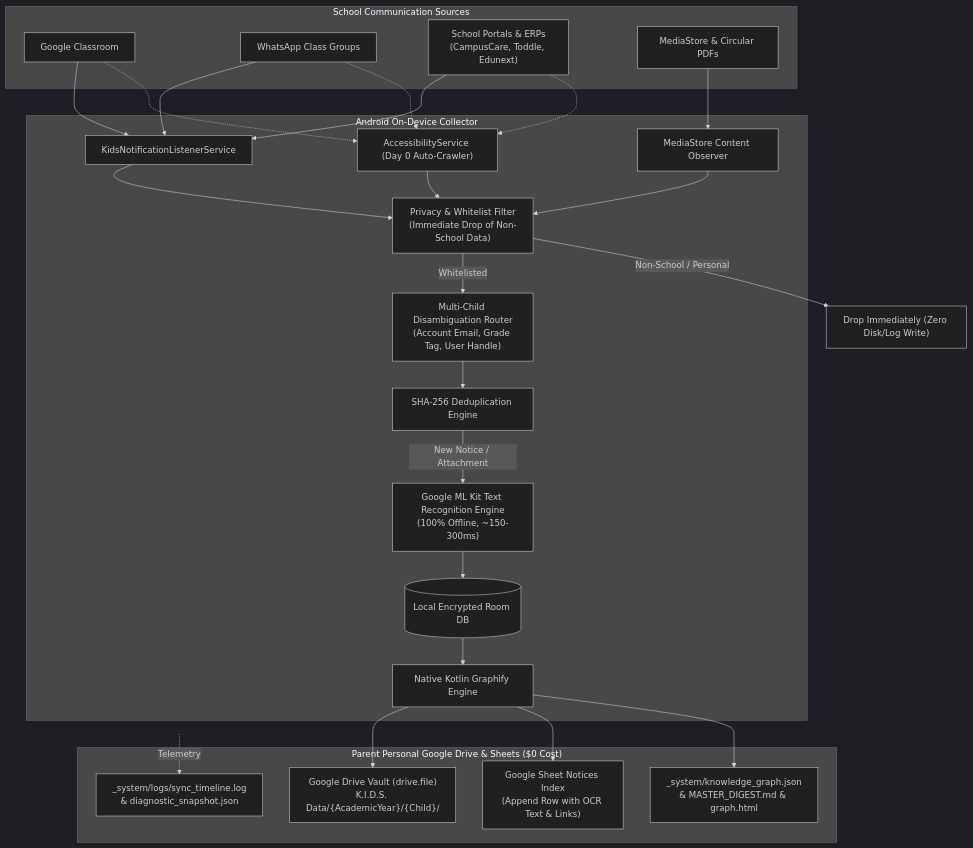
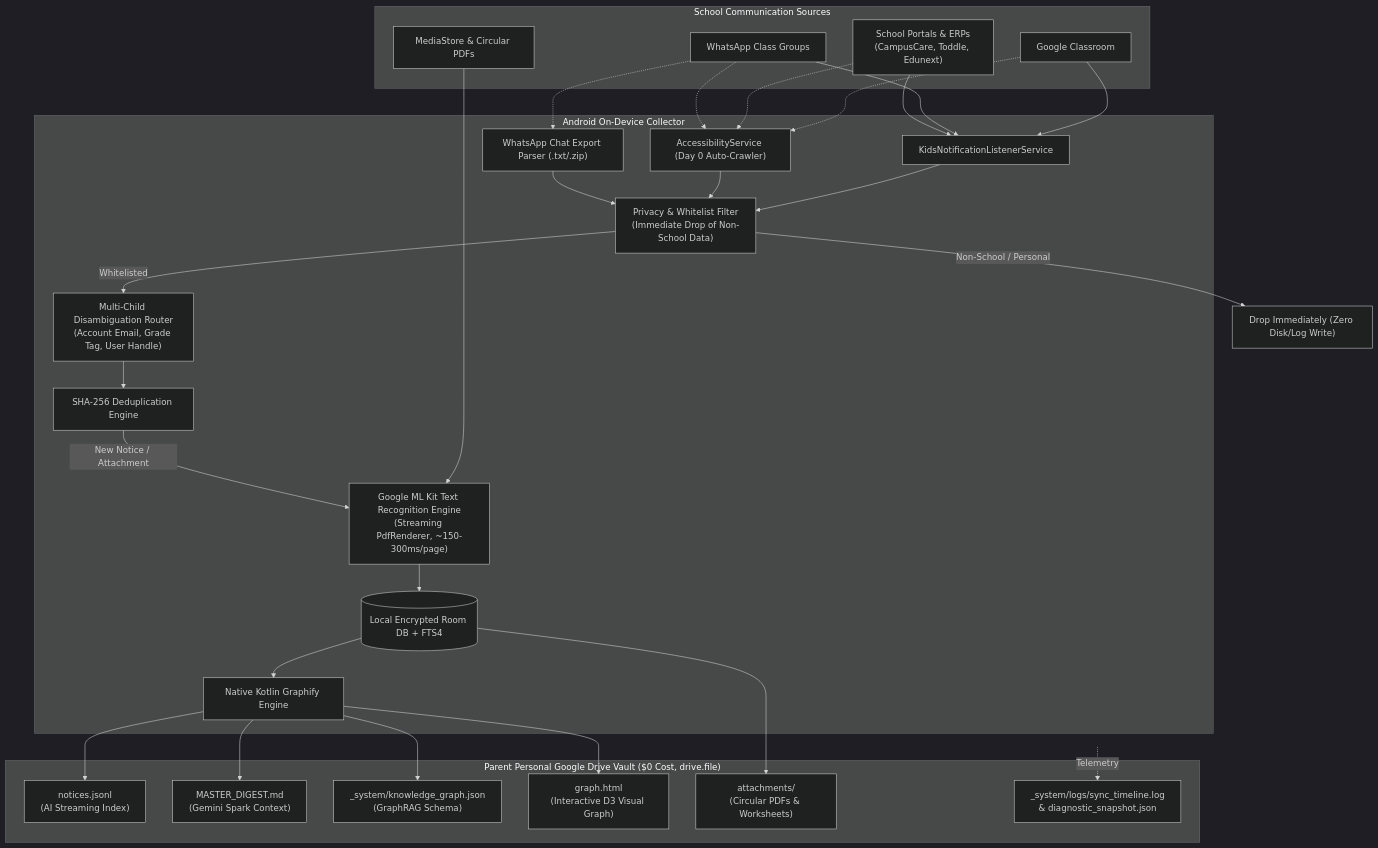
The diagram in README.md (daarshnicsanjeev/K.I.D.S), drawn with Mermaid (dark theme) before and after one commit. The commit also changed other lines of this file and 94 other files, not shown here.

Commit message:
feat: implement PRD specifications with AI-native Google Drive storage, Credential Manager, streaming PDF OCR, and multi-child dashboard

````diff
--- a/README.md
+++ b/README.md
@@ -49,52 +52,57 @@
 ```mermaid
 flowchart TD
     subgraph Sources["School Communication Sources"]
         GC["Google Classroom"]
         WA["WhatsApp Class Groups"]
         ERP["School Portals & ERPs<br/>(CampusCare, Toddle, Edunext)"]
         FS["MediaStore & Circular PDFs"]
     end
 
     subgraph Collector["Android On-Device Collector"]
         NLS["KidsNotificationListenerService"]
         ACS["AccessibilityService (Day 0 Auto-Crawler)"]
-        MSO["MediaStore Content Observer"]
+        WAP["WhatsApp Chat Export Parser (.txt/.zip)"]
         
         PF["Privacy & Whitelist Filter<br/>(Immediate Drop of Non-School Data)"]
         MCR["Multi-Child Disambiguation Router<br/>(Account Email, Grade Tag, User Handle)"]
         DED["SHA-256 Deduplication Engine"]
-        OCR["Google ML Kit Text Recognition Engine<br/>(100% Offline, ~150-300ms)"]
-        ROOM[("Local Encrypted Room DB")]
+        OCR["Google ML Kit Text Recognition Engine<br/>(Streaming PdfRenderer, ~150-300ms/page)"]
+        ROOM[("Local Encrypted Room DB + FTS4")]
         GRAPH["Native Kotlin Graphify Engine"]
     end
 
-    subgraph Vault["Parent Personal Google Drive & Sheets ($0 Cost)"]
-        DRIVE["Google Drive Vault (drive.file)<br/>K.I.D.S. Data/{AcademicYear}/{Child}/"]
-        SHEETS["Google Sheet Notices Index<br/>(Append Row with OCR Text & Links)"]
-        KG["_system/knowledge_graph.json<br/>& MASTER_DIGEST.md & graph.html"]
+    subgraph Vault["Parent Personal Google Drive Vault ($0 Cost, drive.file)"]
+        JSONL["notices.jsonl<br/>(AI Streaming Index)"]
+        MD["MASTER_DIGEST.md<br/>(Gemini Spark Context)"]
+        KG["_system/knowledge_graph.json<br/>(GraphRAG Schema)"]
+        HTML["graph.html<br/>(Interactive D3 Visual Graph)"]
+        ATTS["attachments/<br/>(Circular PDFs & Worksheets)"]
         LOGS["_system/logs/sync_timeline.log<br/>& diagnostic_snapshot.json"]
     end
 
     GC --> NLS
     WA --> NLS
     ERP --> NLS
     GC -.-> ACS
+    ERP -.-> ACS
     WA -.-> ACS
-    ERP -.-> ACS
-    FS --> MSO
+    WA -.-> WAP
+    FS --> OCR
 
     NLS --> PF
     ACS --> PF
-    MSO --> PF
+    WAP --> PF
     PF -->|Whitelisted| MCR
     PF -->|Non-School / Personal| DROP["Drop Immediately (Zero Disk/Log Write)"]
     
     MCR --> DED
     DED -->|New Notice / Attachment| OCR
     OCR --> ROOM
     ROOM --> GRAPH
-    GRAPH --> DRIVE
-    GRAPH --> SHEETS
+    GRAPH --> JSONL
+    GRAPH --> MD
     GRAPH --> KG
+    GRAPH --> HTML
+    ROOM --> ATTS
     Collector -. Telemetry .-> LOGS
 ```
````
